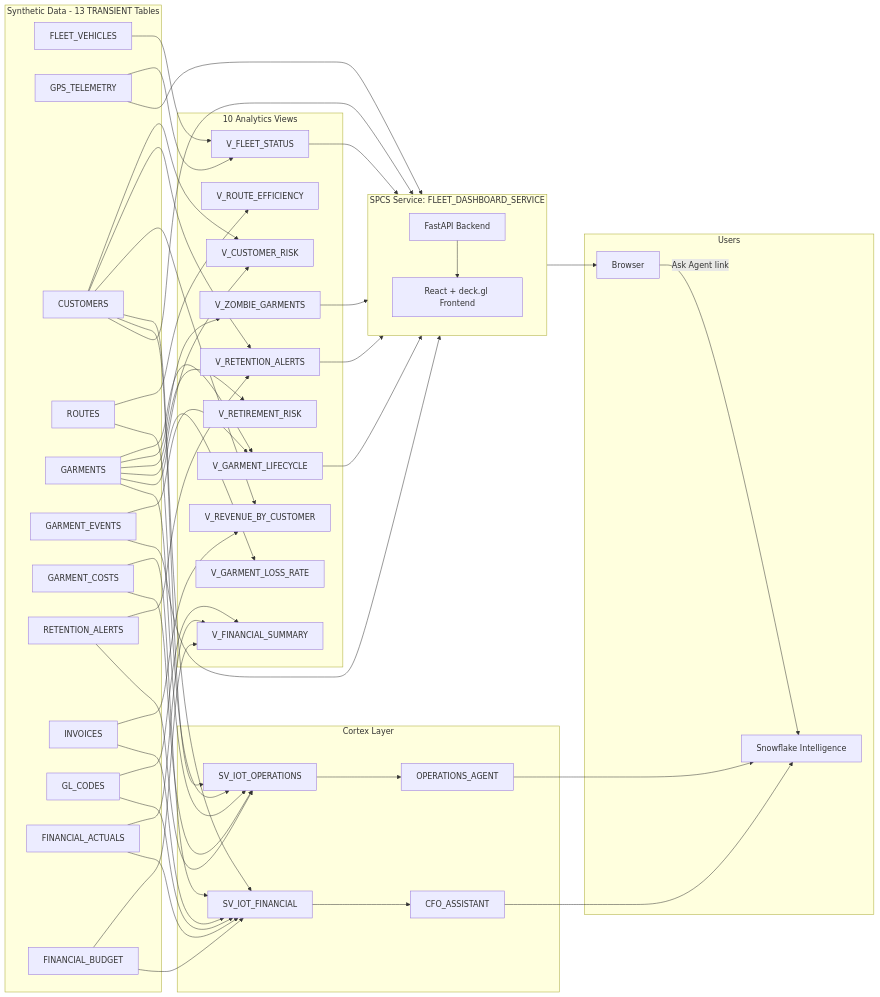
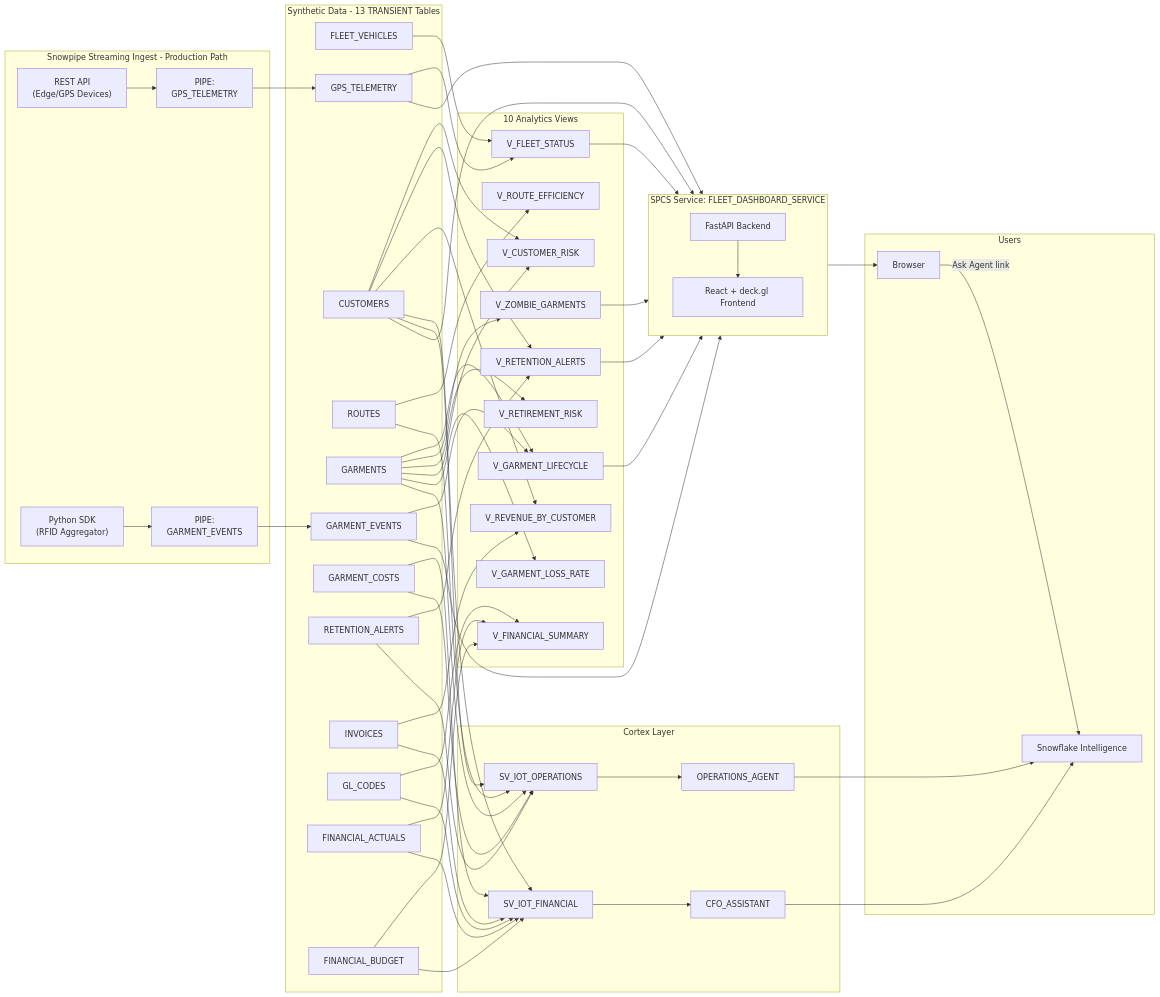
One commit to sfc-gh-miwhitaker/sfe-public changed the diagram in demo-iot-lifecycle/diagrams/data-flow.md. Above: the diagram before and after it, drawn with Mermaid. The commit also changed 3 other files, not shown here.

Commit message:
docs: add Snowpipe Streaming ingest guide and references

````diff
--- a/demo-iot-lifecycle/diagrams/data-flow.md
+++ b/demo-iot-lifecycle/diagrams/data-flow.md
@@ -17,5 +17,14 @@
 ```mermaid
 flowchart LR
+  subgraph streaming [Snowpipe Streaming Ingest - Production Path]
+    RESTAPI["REST API\n(Edge/GPS Devices)"]
+    PythonSDK["Python SDK\n(RFID Aggregator)"]
+    PipeGPS["PIPE:\nGPS_TELEMETRY"]
+    PipeEvents["PIPE:\nGARMENT_EVENTS"]
+    RESTAPI --> PipeGPS
+    PythonSDK --> PipeEvents
+  end
+
   subgraph synthetic [Synthetic Data - 13 TRANSIENT Tables]
     Fleet[FLEET_VEHICLES]
     GPS[GPS_TELEMETRY]
@@ -63,6 +72,9 @@
     SI[Snowflake Intelligence]
   end
 
+  PipeGPS --> GPS
+  PipeEvents --> Events
+
   Fleet --> VFleet
   GPS --> VFleet
   Routes --> VRoute
````
